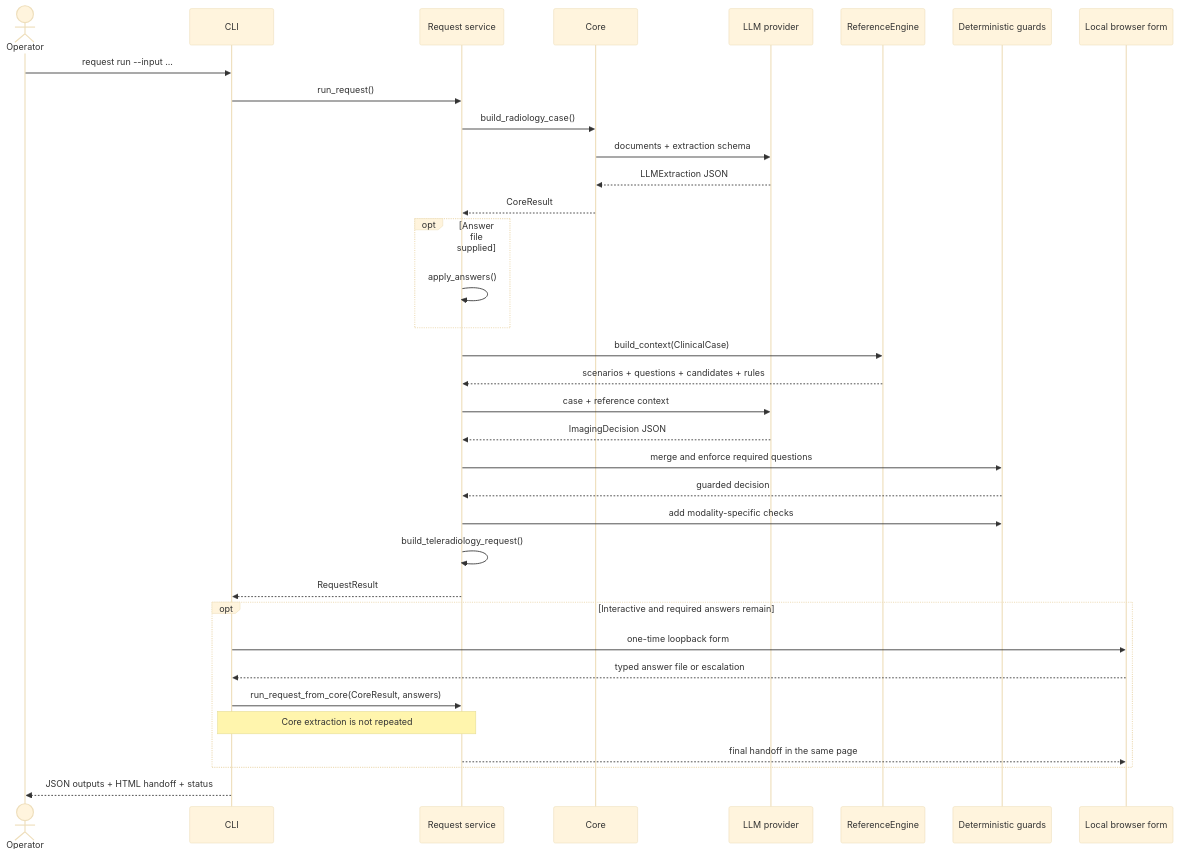
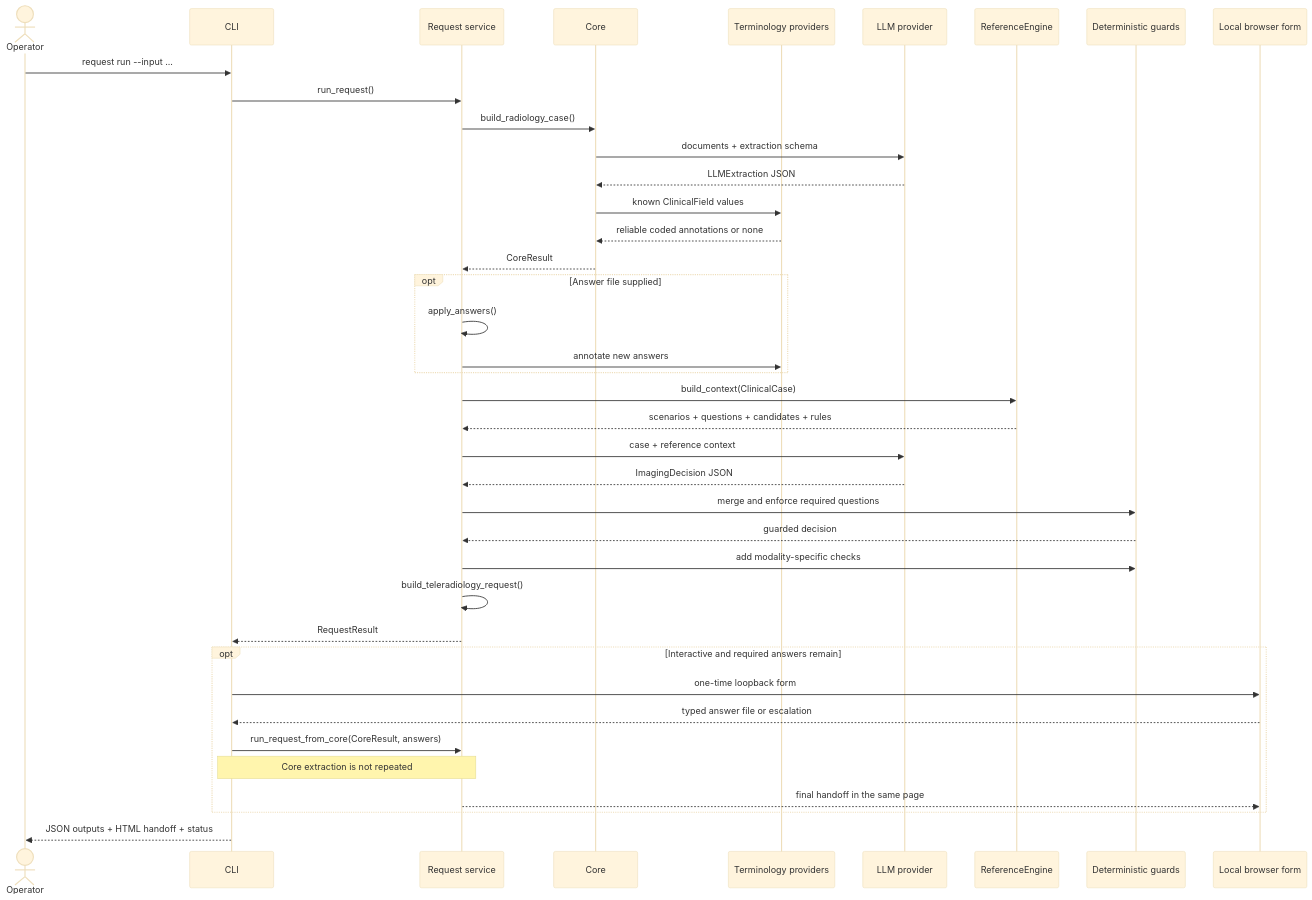
One commit to Thibescobar/bulkinout changed the third of 3 diagrams in docs/architecture.md. Above: the diagram before and after it, drawn with Mermaid (base theme). The commit also changed other lines of this file and 39 other files, not shown here.

````diff
--- a/docs/architecture.md
+++ b/docs/architecture.md
@@ -101,38 +109,42 @@
 ```mermaid
 sequenceDiagram
     actor Operator
     participant CLI
     participant Service as Request service
     participant Core
+    participant Terms as Terminology providers
     participant Model as LLM provider
     participant Ref as ReferenceEngine
     participant Guard as Deterministic guards
     participant Form as Local browser form
 
     Operator->>CLI: request run --input ...
     CLI->>Service: run_request()
     Service->>Core: build_radiology_case()
     Core->>Model: documents + extraction schema
     Model-->>Core: LLMExtraction JSON
+    Core->>Terms: known ClinicalField values
+    Terms-->>Core: reliable coded annotations or none
     Core-->>Service: CoreResult
     opt Answer file supplied
         Service->>Service: apply_answers()
+        Service->>Terms: annotate new answers
     end
     Service->>Ref: build_context(ClinicalCase)
     Ref-->>Service: scenarios + questions + candidates + rules
     Service->>Model: case + reference context
     Model-->>Service: ImagingDecision JSON
     Service->>Guard: merge and enforce required questions
     Guard-->>Service: guarded decision
     Service->>Guard: add modality-specific checks
     Service->>Service: build_teleradiology_request()
     Service-->>CLI: RequestResult
     opt Interactive and required answers remain
         CLI->>Form: one-time loopback form
         Form-->>CLI: typed answer file or escalation
         CLI->>Service: run_request_from_core(CoreResult, answers)
         Note over CLI,Service: Core extraction is not repeated
         Service-->>Form: final handoff in the same page
     end
     CLI-->>Operator: JSON outputs + HTML handoff + status
 ```
````
